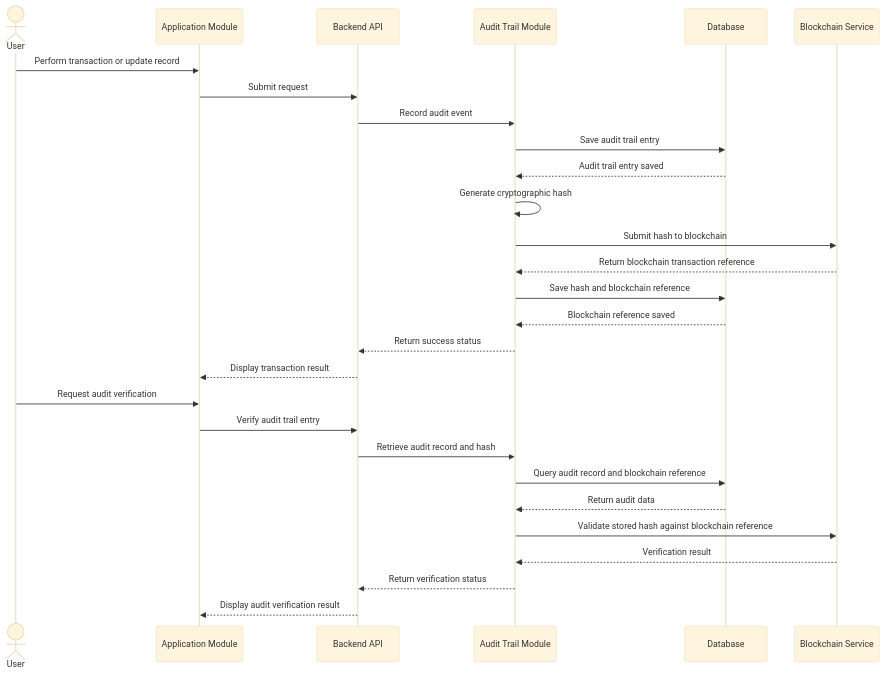
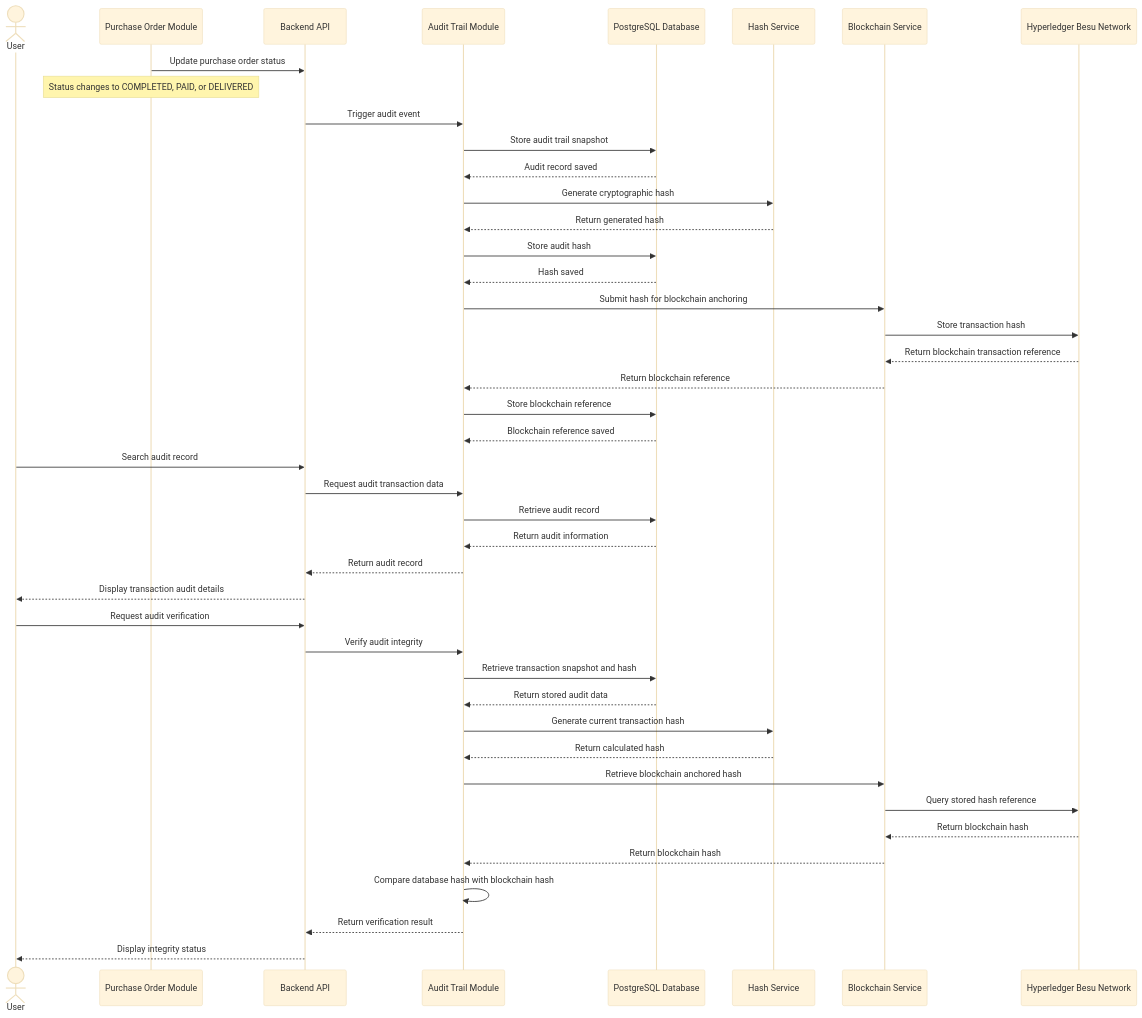
Before and after one commit to Wiii-1/New_LINAW: the tenth of 12 diagrams in docs/architecture/Low_Level_Design.md, drawn with Mermaid (base theme). The commit also changed other lines of this file and 2 other files, not shown here.

Commit message:
docs & clean up: updated module audit trail in lld because it tracks and save everything on the chain

````diff
--- a/docs/architecture/Low_Level_Design.md
+++ b/docs/architecture/Low_Level_Design.md
@@ -2129,34 +2175,62 @@
 ```mermaid
 sequenceDiagram
     actor User
-    participant UI as Application Module
+    participant PO as Purchase Order Module
     participant API as Backend API
     participant AUD as Audit Trail Module
-    participant DB as Database
+    participant DB as PostgreSQL Database
+    participant HASH as Hash Service
     participant BC as Blockchain Service
+    participant BESU as Hyperledger Besu Network
 
-    User->>UI: Perform transaction or update record
-    UI->>API: Submit request
-    API->>AUD: Record audit event
-    AUD->>DB: Save audit trail entry
-    DB-->>AUD: Audit trail entry saved
+    PO->>API: Update purchase order status
+    Note over PO: Status changes to COMPLETED, PAID, or DELIVERED
 
-    AUD->>AUD: Generate cryptographic hash
-    AUD->>BC: Submit hash to blockchain
-    BC-->>AUD: Return blockchain transaction reference
+    API->>AUD: Trigger audit event
+    AUD->>DB: Store audit trail snapshot
+    DB-->>AUD: Audit record saved
 
-    AUD->>DB: Save hash and blockchain reference
+    AUD->>HASH: Generate cryptographic hash
+    HASH-->>AUD: Return generated hash
+
+    AUD->>DB: Store audit hash
+    DB-->>AUD: Hash saved
+
+    AUD->>BC: Submit hash for blockchain anchoring
+    BC->>BESU: Store transaction hash
+    BESU-->>BC: Return blockchain transaction reference
+
+    BC-->>AUD: Return blockchain reference
+
+    AUD->>DB: Store blockchain reference
     DB-->>AUD: Blockchain reference saved
-    AUD-->>API: Return success status
-    API-->>UI: Display transaction result
 
-    User->>UI: Request audit verification
-    UI->>API: Verify audit trail entry
-    API->>AUD: Retrieve audit record and hash
-    AUD->>DB: Query audit record and blockchain reference
-    DB-->>AUD: Return audit data
-    AUD->>BC: Validate stored hash against blockchain reference
-    BC-->>AUD: Verification result
-    AUD-->>API: Return verification status
-    API-->>UI: Display audit verification result
+
+    User->>API: Search audit record
+    API->>AUD: Request audit transaction data
+    AUD->>DB: Retrieve audit record
+    DB-->>AUD: Return audit information
+    AUD-->>API: Return audit record
+    API-->>User: Display transaction audit details
+
+
+    User->>API: Request audit verification
+    API->>AUD: Verify audit integrity
+
+    AUD->>DB: Retrieve transaction snapshot and hash
+    DB-->>AUD: Return stored audit data
+
+    AUD->>HASH: Generate current transaction hash
+    HASH-->>AUD: Return calculated hash
+
+    AUD->>BC: Retrieve blockchain anchored hash
+    BC->>BESU: Query stored hash reference
+    BESU-->>BC: Return blockchain hash
+
+    BC-->>AUD: Return blockchain hash
+
+    AUD->>AUD: Compare database hash with blockchain hash
+
+    AUD-->>API: Return verification result
+    API-->>User: Display integrity status
 ```
````
